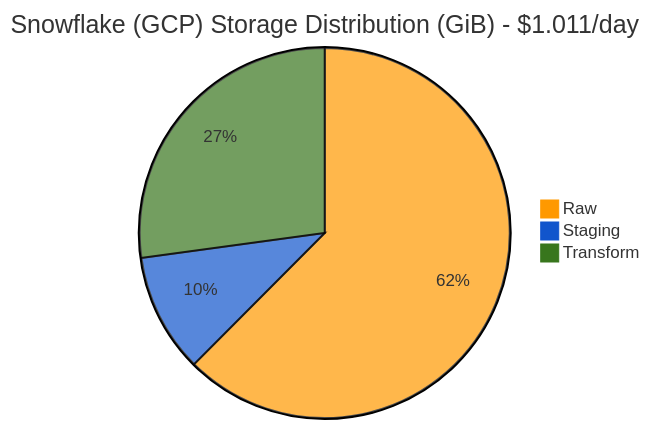
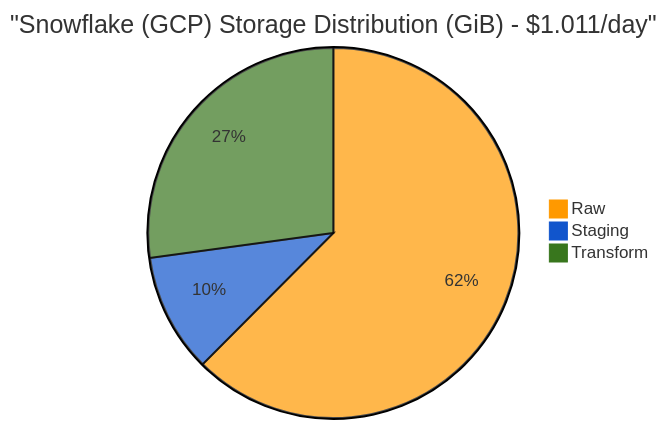
The third of 3 diagrams in README.md (nhudinh2103/Multi-platform-comparison-NYC-Taxi-dataset), drawn with Mermaid before and after one commit. The commit also changed other lines of this file, not shown here.

Commit message:
Update README.md; update table of contents and mermaid charts

````diff
--- a/README.md
+++ b/README.md
@@ -292,8 +294,8 @@
 ```mermaid
 %%{init: {'theme': 'base', 'themeVariables': { 'pie1': '#ff9900', 'pie2': '#1155cc', 'pie3': '#38761d'}}}%%
 pie
-    title Snowflake (GCP) Storage Distribution (GiB) - $1.011/day
+    title "Snowflake (GCP) Storage Distribution (GiB) - $1.011/day"
     "Raw" : 223.13
     "Staging" : 37.08
     "Transform" : 97
 ```
````
